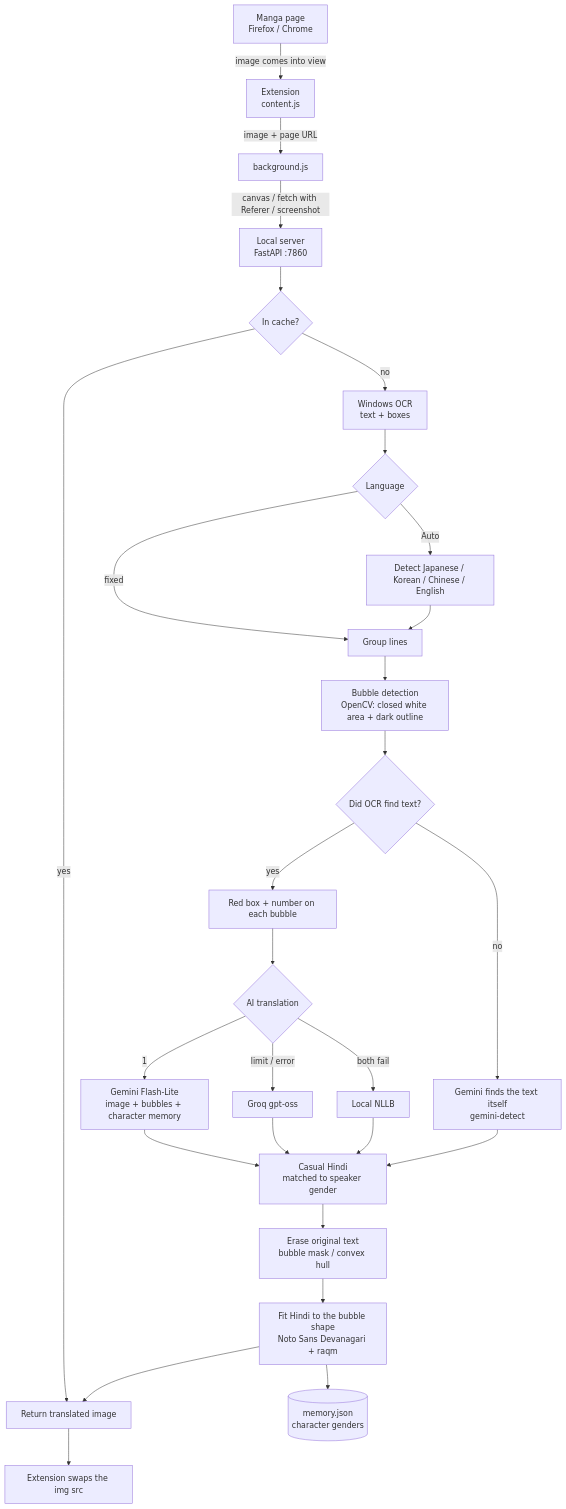
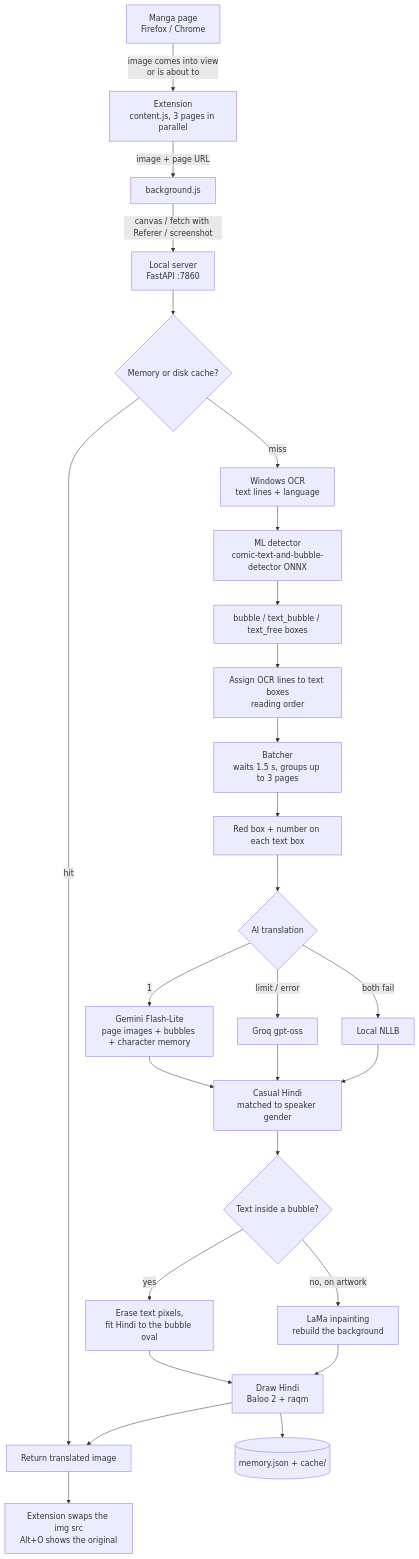
One commit to jitendra205saini/Manga-Translator changed the diagram in README.md. Above: the diagram before and after it, drawn with Mermaid. The commit also changed other lines of this file and 21 other files, not shown here.

Commit message:
v2.0: ML bubble detector, LaMa inpainting, multi-page batching, disk cache, Baloo 2 font, Original/Hindi toggle, MIT license

````diff
--- a/README.md
+++ b/README.md
@@ -50,35 +65,33 @@
 ```mermaid
 flowchart TD
-    A[Manga page<br/>Firefox / Chrome] -->|image comes into view| B[Extension<br/>content.js]
+    A[Manga page<br/>Firefox / Chrome] -->|image comes into view<br/>or is about to| B[Extension<br/>content.js, 3 pages in parallel]
     B -->|image + page URL| C[background.js]
     C -->|canvas / fetch with Referer / screenshot| D[Local server<br/>FastAPI :7860]
 
-    D --> E{In cache?}
-    E -->|yes| R[Return translated image]
-    E -->|no| F[Windows OCR<br/>text + boxes]
+    D --> E{Memory or disk cache?}
+    E -->|hit| R[Return translated image]
+    E -->|miss| F[Windows OCR<br/>text lines + language]
 
-    F --> G{Language}
-    G -->|Auto| G1[Detect Japanese / Korean / Chinese / English]
-    G -->|fixed| H
-    G1 --> H[Group lines]
+    F --> G[ML detector<br/>comic-text-and-bubble-detector ONNX]
+    G --> G1[bubble / text_bubble / text_free boxes]
+    G1 --> H[Assign OCR lines to text boxes<br/>reading order]
 
-    H --> I[Bubble detection<br/>OpenCV: closed white area + dark outline]
-    I --> J{Did OCR find text?}
-    J -->|no| K[Gemini finds the text itself<br/>gemini-detect]
-    J -->|yes| L[Red box + number on each bubble]
-
+    H --> I[Batcher<br/>waits 1.5 s, groups up to 3 pages]
+    I --> L[Red box + number on each text box]
     L --> M{AI translation}
-    M -->|1| M1[Gemini Flash-Lite<br/>image + bubbles + character memory]
+    M -->|1| M1[Gemini Flash-Lite<br/>page images + bubbles + character memory]
     M -->|limit / error| M2[Groq gpt-oss]
     M -->|both fail| M3[Local NLLB]
     M1 --> N
     M2 --> N
     M3 --> N
-    K --> N
 
-    N[Casual Hindi<br/>matched to speaker gender] --> O[Erase original text<br/>bubble mask / convex hull]
-    O --> P[Fit Hindi to the bubble shape<br/>Noto Sans Devanagari + raqm]
-    P --> Q[(memory.json<br/>character genders)]
+    N[Casual Hindi<br/>matched to speaker gender] --> O{Text inside a bubble?}
+    O -->|yes| O1[Erase text pixels,<br/>fit Hindi to the bubble oval]
+    O -->|no, on artwork| O2[LaMa inpainting<br/>rebuild the background]
+    O1 --> P[Draw Hindi<br/>Baloo 2 + raqm]
+    O2 --> P
+    P --> Q[(memory.json + cache/)]
     P --> R
-    R --> S[Extension swaps the img src]
+    R --> S[Extension swaps the img src<br/>Alt+O shows the original]
 ```
````
